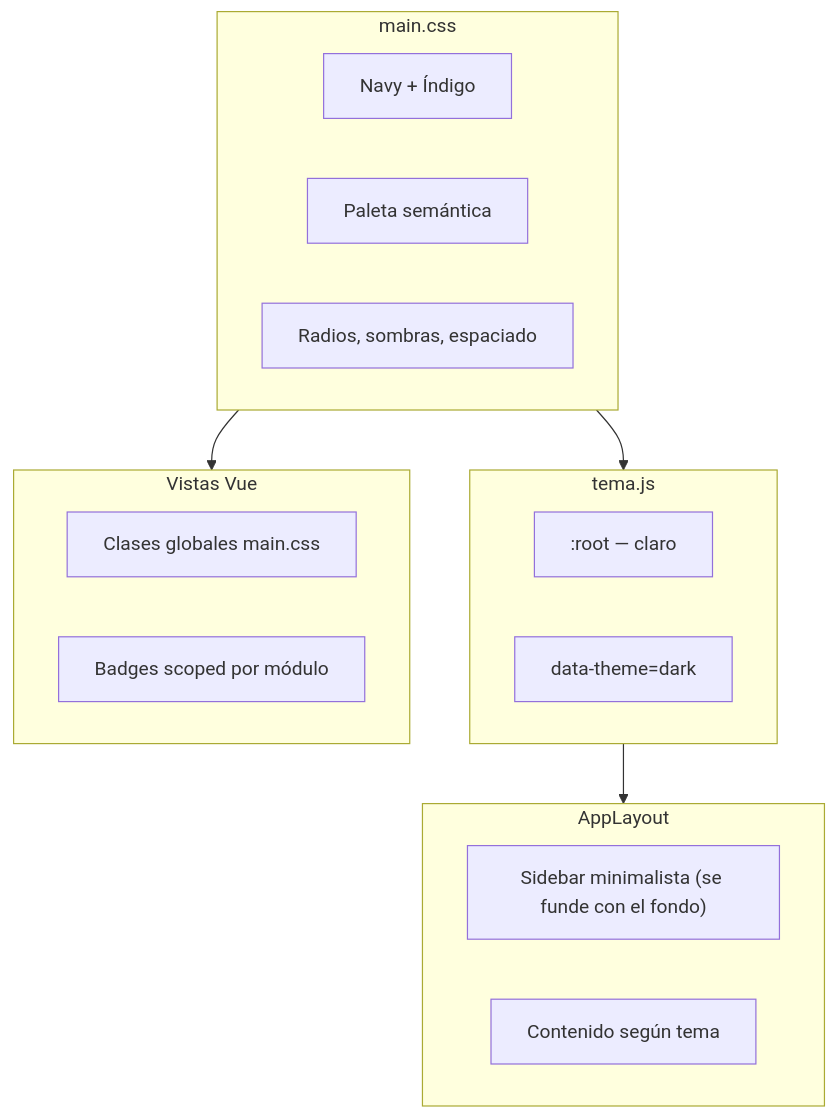
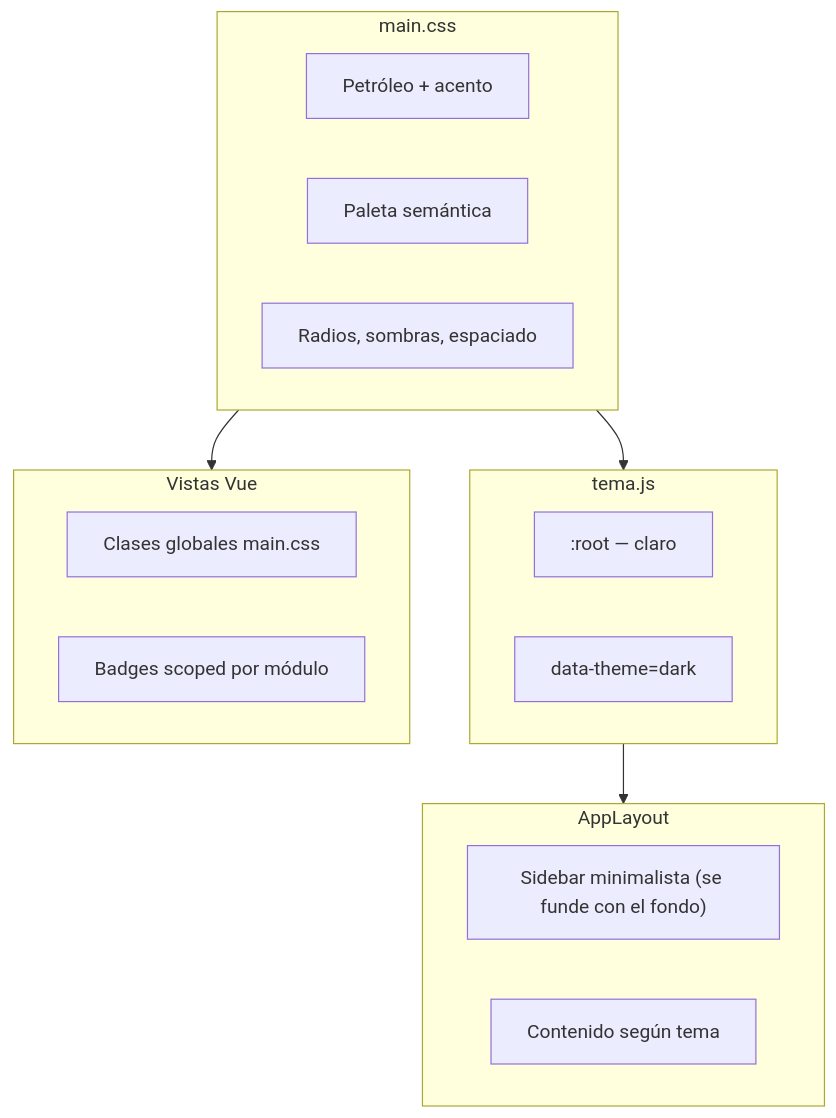
Before and after one commit to aguemar-work/materen-ti: the diagram in docs/GUIA-UX-UI.md, drawn with Mermaid. The commit also changed other lines of this file and 10 other files, not shown here.

````diff
--- a/docs/GUIA-UX-UI.md
+++ b/docs/GUIA-UX-UI.md
@@ -45,27 +45,27 @@
 ```mermaid
 flowchart TB
   subgraph tokens ["main.css"]
-    brand["Navy + Índigo"]
+    brand["Petróleo + acento"]
     semantic["Paleta semántica"]
     layout["Radios, sombras, espaciado"]
   end
 
   subgraph theme ["tema.js"]
     light[":root — claro"]
     dark["data-theme=dark"]
   end
 
   subgraph shell ["AppLayout"]
     sidebar["Sidebar minimalista (se funde con el fondo)"]
     main["Contenido según tema"]
   end
 
   subgraph views ["Vistas Vue"]
     globalClasses["Clases globales main.css"]
     scopedBadges["Badges scoped por módulo"]
   end
 
   tokens --> theme
   theme --> shell
   tokens --> views
 ```
````
